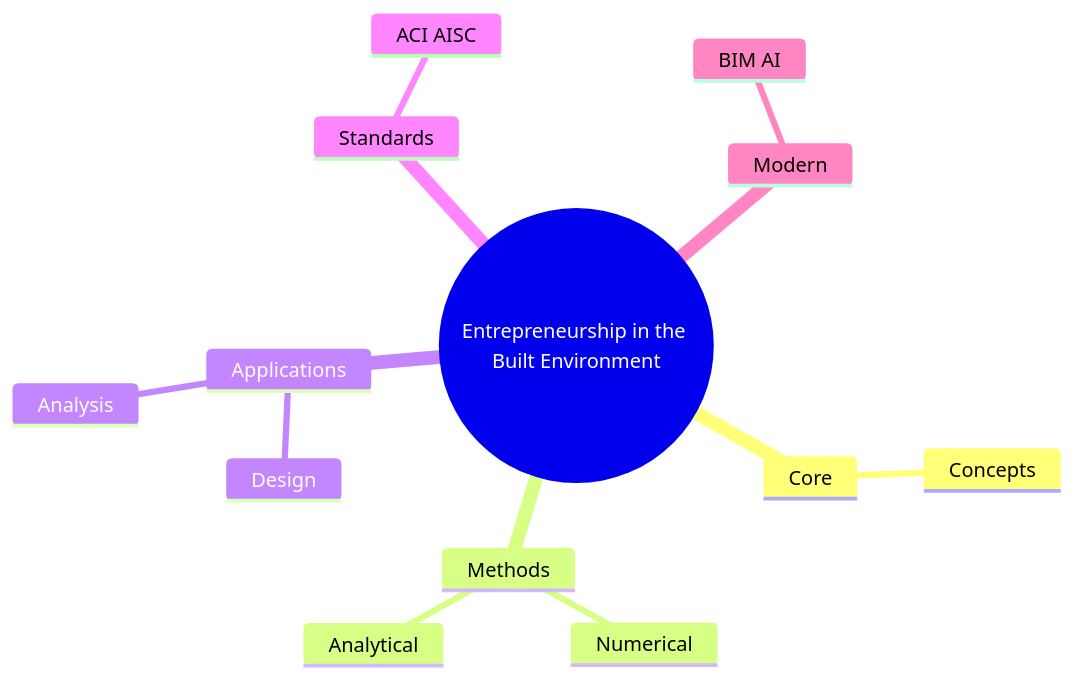
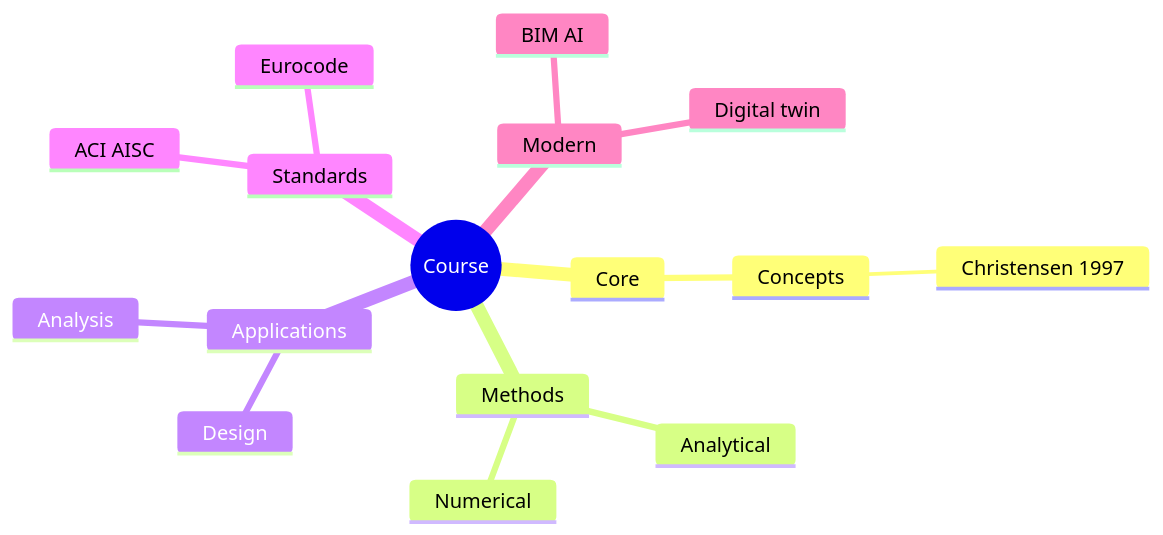
The second of 6 diagrams in MIT_CEE_MEng_SMD/17_1.462_Entrepreneurship_Built_Environment.md (yip-lgtm/civil-bootcamp), drawn with Mermaid before and after one commit. The commit also changed other lines of this file and 56 other files, not shown here.

````diff
--- a/MIT_CEE_MEng_SMD/17_1.462_Entrepreneurship_Built_Environment.md
+++ b/MIT_CEE_MEng_SMD/17_1.462_Entrepreneurship_Built_Environment.md
@@ -266,16 +446,19 @@
 ```mermaid
 mindmap
-    root((Entrepreneurship in the Built Environment))
-      Core
-        Concepts
-      Methods
-        Analytical
-        Numerical
-      Applications
-        Design
-        Analysis
-      Standards
-        ACI AISC
-      Modern
-        BIM AI
+  root((Course))
+    Core
+      Concepts
+        Christensen 1997
+    Methods
+      Analytical
+      Numerical
+    Applications
+      Design
+      Analysis
+    Standards
+      ACI AISC
+      Eurocode
+    Modern
+      BIM AI
+      Digital twin
 ```
````
